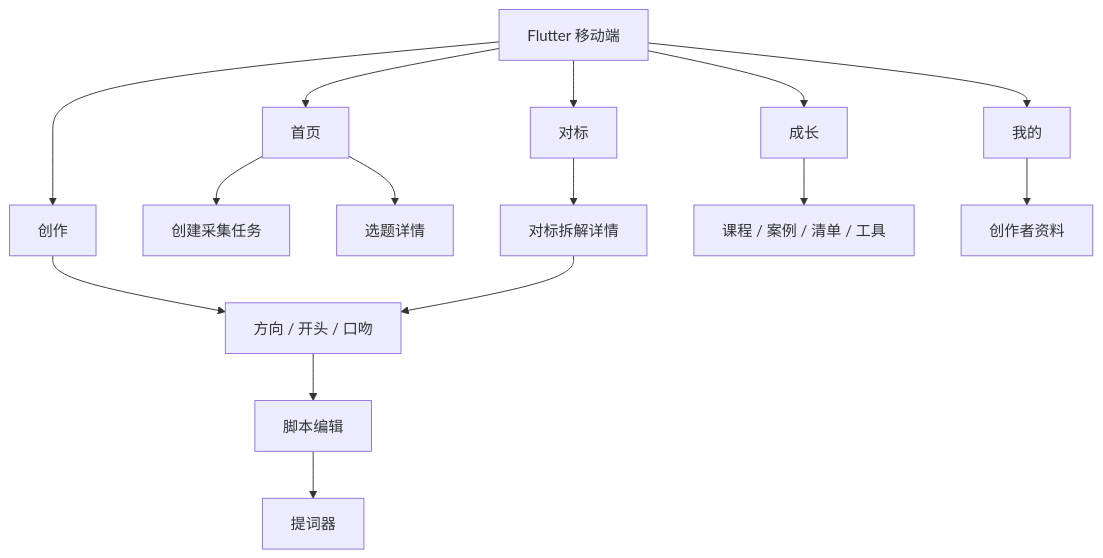
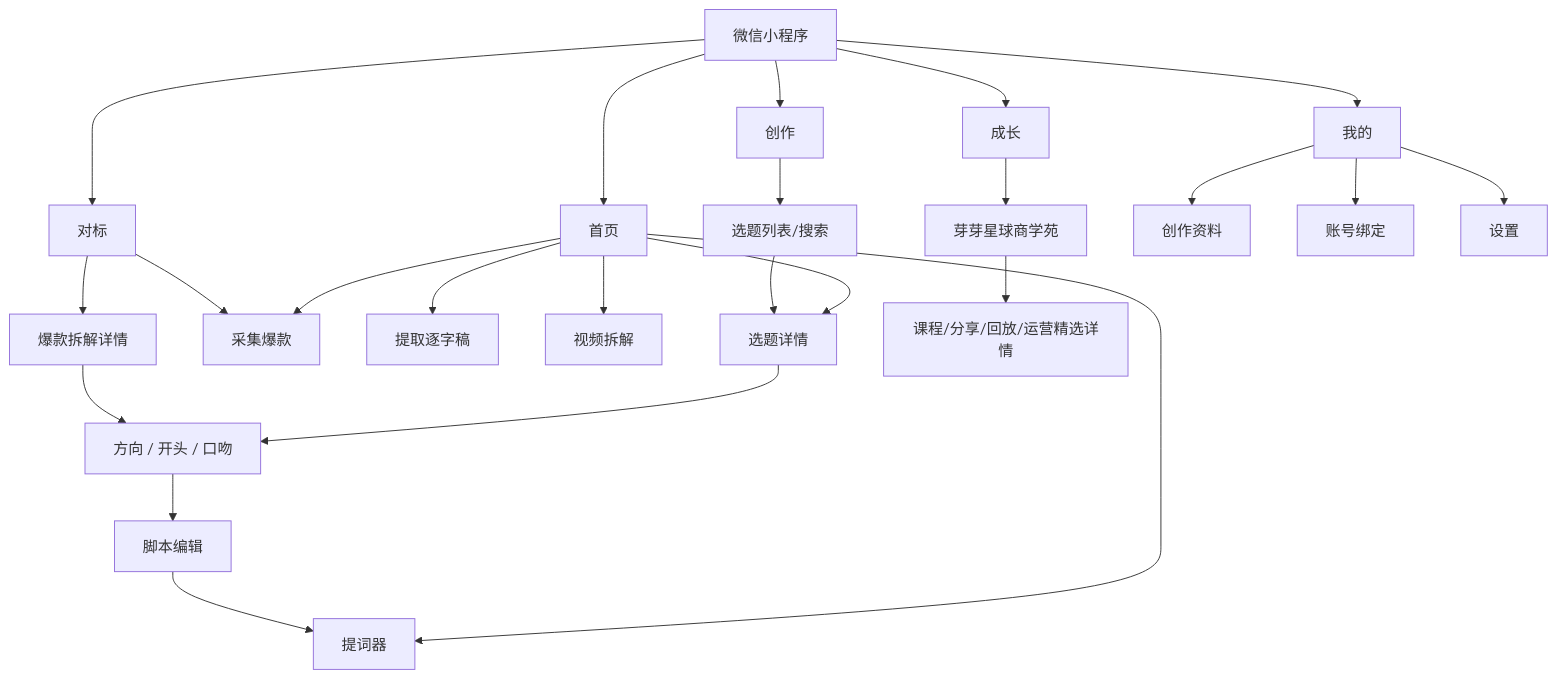
One commit to zhanglongfeng27101797/yayaxingqiu changed the first of 2 diagrams in docs/product/user-flows.md. Above: the diagram before and after it, drawn with Mermaid. The commit also changed other lines of this file, not shown here.

Commit message:
docs: rewrite flows for WeChat mini program

````diff
--- a/docs/product/user-flows.md
+++ b/docs/product/user-flows.md
@@ -3,17 +5,31 @@
 ```mermaid
 flowchart TB
-    APP[Flutter 移动端] --> HOME[首页]
+    APP[微信小程序] --> HOME[首页]
     APP --> CREATE[创作]
     APP --> BENCH[对标]
     APP --> GROW[成长]
     APP --> ME[我的]
-    HOME --> CAPTURE[创建采集任务]
+
     HOME --> TOPIC[选题详情]
-    CREATE --> CONFIG[方向 / 开头 / 口吻]
+    HOME --> CAPTURE[采集爆款]
+    HOME --> TRANSCRIPT[提取逐字稿]
+    HOME --> ANALYZE[视频拆解]
+    HOME --> TELE[提词器]
+
+    CREATE --> TOPIC_LIST[选题列表/搜索]
+    TOPIC_LIST --> TOPIC
+    TOPIC --> CONFIG[方向 / 开头 / 口吻]
     CONFIG --> SCRIPT[脚本编辑]
-    SCRIPT --> TELE[提词器]
-    BENCH --> DETAIL[对标拆解详情]
-    DETAIL --> CONFIG
-    GROW --> LESSON[课程 / 案例 / 清单 / 工具]
-    ME --> PROFILE[创作者资料]
+    SCRIPT --> TELE
+
+    BENCH --> CAPTURE
+    BENCH --> BENCH_DETAIL[爆款拆解详情]
+    BENCH_DETAIL --> CONFIG
+
+    GROW --> ACADEMY[芽芽星球商学苑]
+    ACADEMY --> LEARNING_DETAIL[课程/分享/回放/运营精选详情]
+
+    ME --> PROFILE[创作资料]
+    ME --> ACCOUNT[账号绑定]
+    ME --> SETTINGS[设置]
 ```
````
